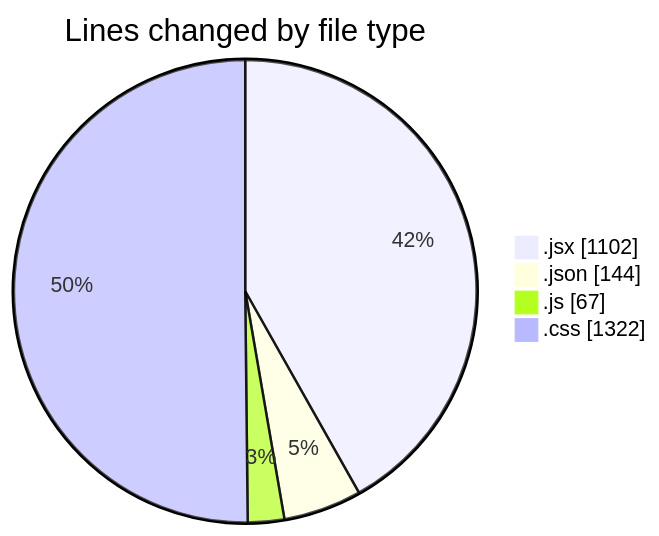
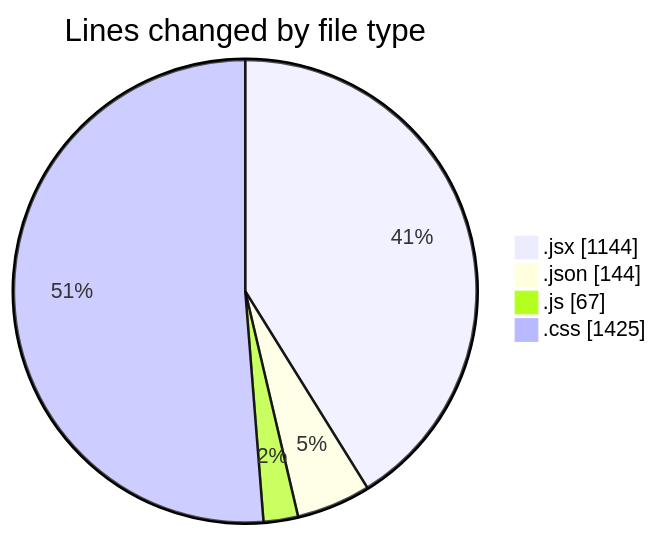
The first of 2 diagrams in 2025-05-04/project/README.md (BS-eng2023/code-tracking), drawn with Mermaid before and after one commit. The commit also changed other lines of this file and 1 other file, not shown here.

````diff
--- a/2025-05-04/project/README.md
+++ b/2025-05-04/project/README.md
@@ -35,8 +35,8 @@
 ```mermaid
 pie showData
 title Lines changed by file type
-".jsx" : 1102
+".jsx" : 1144
 ".json" : 144
 ".js" : 67
-".css" : 1322
+".css" : 1425
 ```
````
